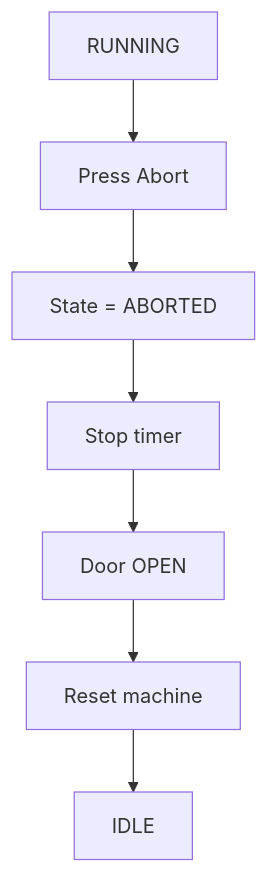
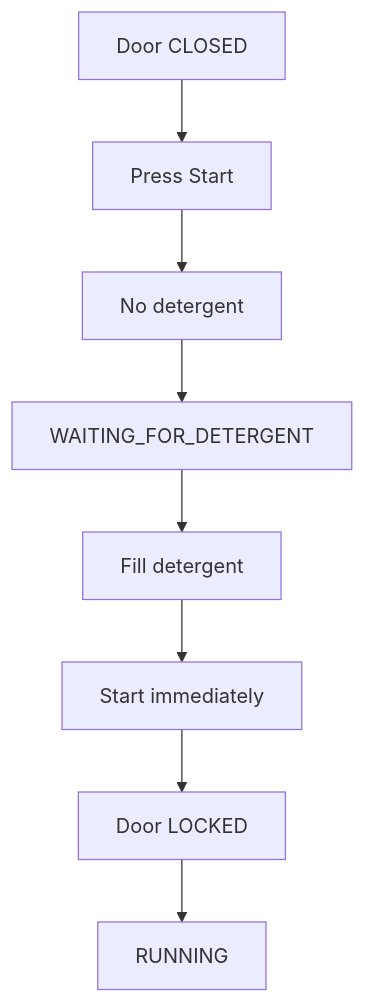
The eighth of 19 diagrams in README.md (BMMADHUMITHA/weighted_rr), drawn with Mermaid before and after one commit. The commit also changed other lines of this file, not shown here.

````diff
--- a/README.md
+++ b/README.md
@@ -419,9 +321,10 @@
 ```mermaid
 flowchart TD
-    A[RUNNING] --> B[Press Abort]
-    B --> C[State = ABORTED]
-    C --> D[Stop timer]
-    D --> E[Door OPEN]
-    E --> F[Reset machine]
-    F --> G[IDLE]
+    A[Door CLOSED] --> B[Press Start]
+    B --> C[No detergent]
+    C --> D[WAITING_FOR_DETERGENT]
+    D --> E[Fill detergent]
+    E --> F[Start immediately]
+    F --> G[Door LOCKED]
+    G --> H[RUNNING]
 ```
````
